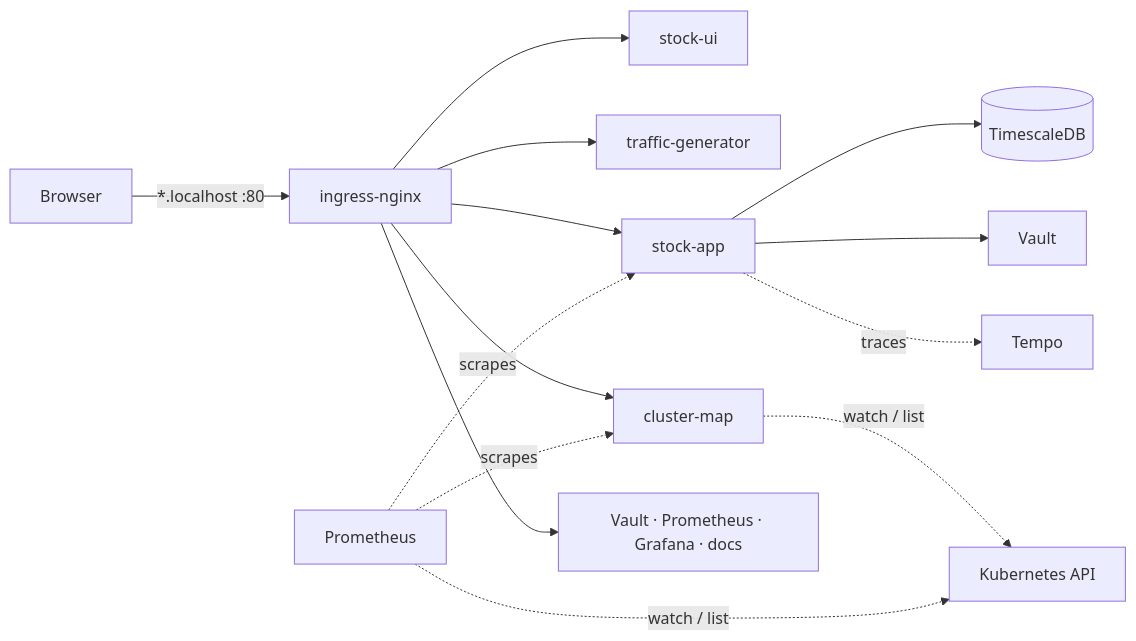
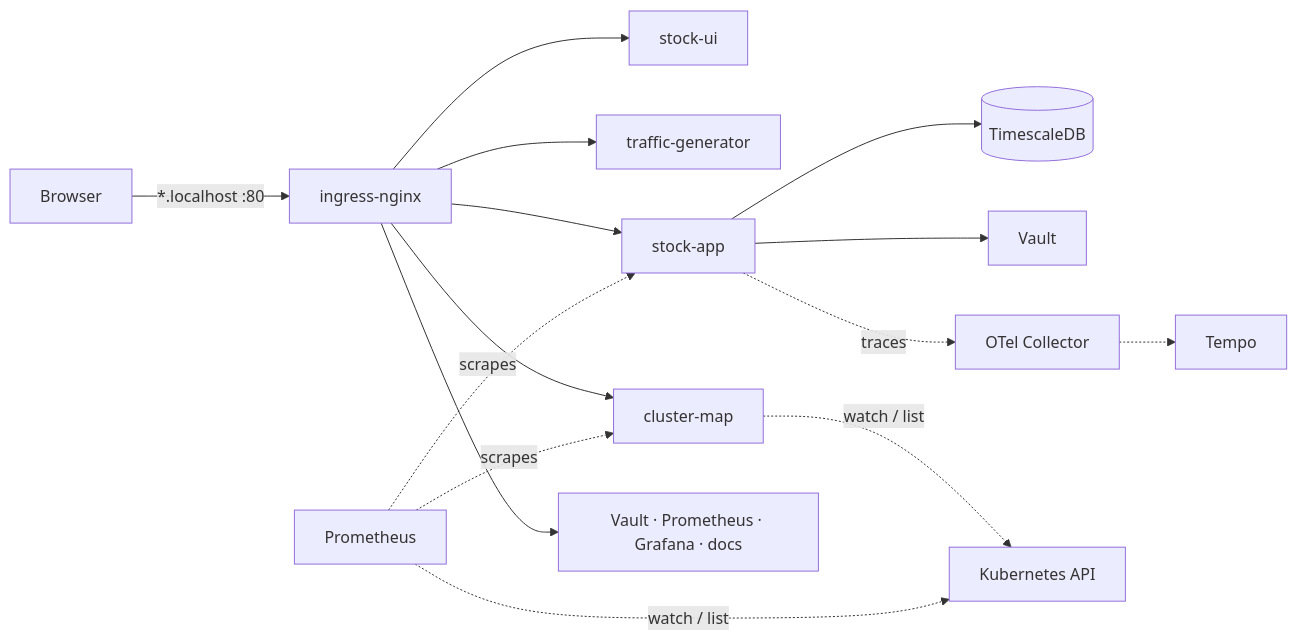
One commit to Jeremiaszmacura/platform-engineering-stack changed the diagram in documentation/docs/design.md. Above: the diagram before and after it, drawn with Mermaid. The commit also changed other lines of this file and 14 other files, not shown here.

First line of the commit message:
feat(tracing): route traces through an OpenTelemetry Collector

````diff
--- a/documentation/docs/design.md
+++ b/documentation/docs/design.md
@@ -9,10 +9,10 @@
 ```mermaid
 flowchart LR
     B[Browser] -->|"*.localhost :80"| IC[ingress-nginx]
     IC --> SUI[stock-ui] & TG[traffic-generator] & ST[stock-app] & CM[cluster-map] & OTHER["Vault · Prometheus · Grafana · docs"]
     ST --> TS[(TimescaleDB)]
     ST --> VA[Vault]
     PR[Prometheus] -.scrapes.-> ST & CM
-    ST -.traces.-> TE[Tempo]
+    ST -.traces.-> OC[OTel Collector] -.-> TE[Tempo]
     CM & PR -.watch / list.-> API[Kubernetes API]
 ```
````
